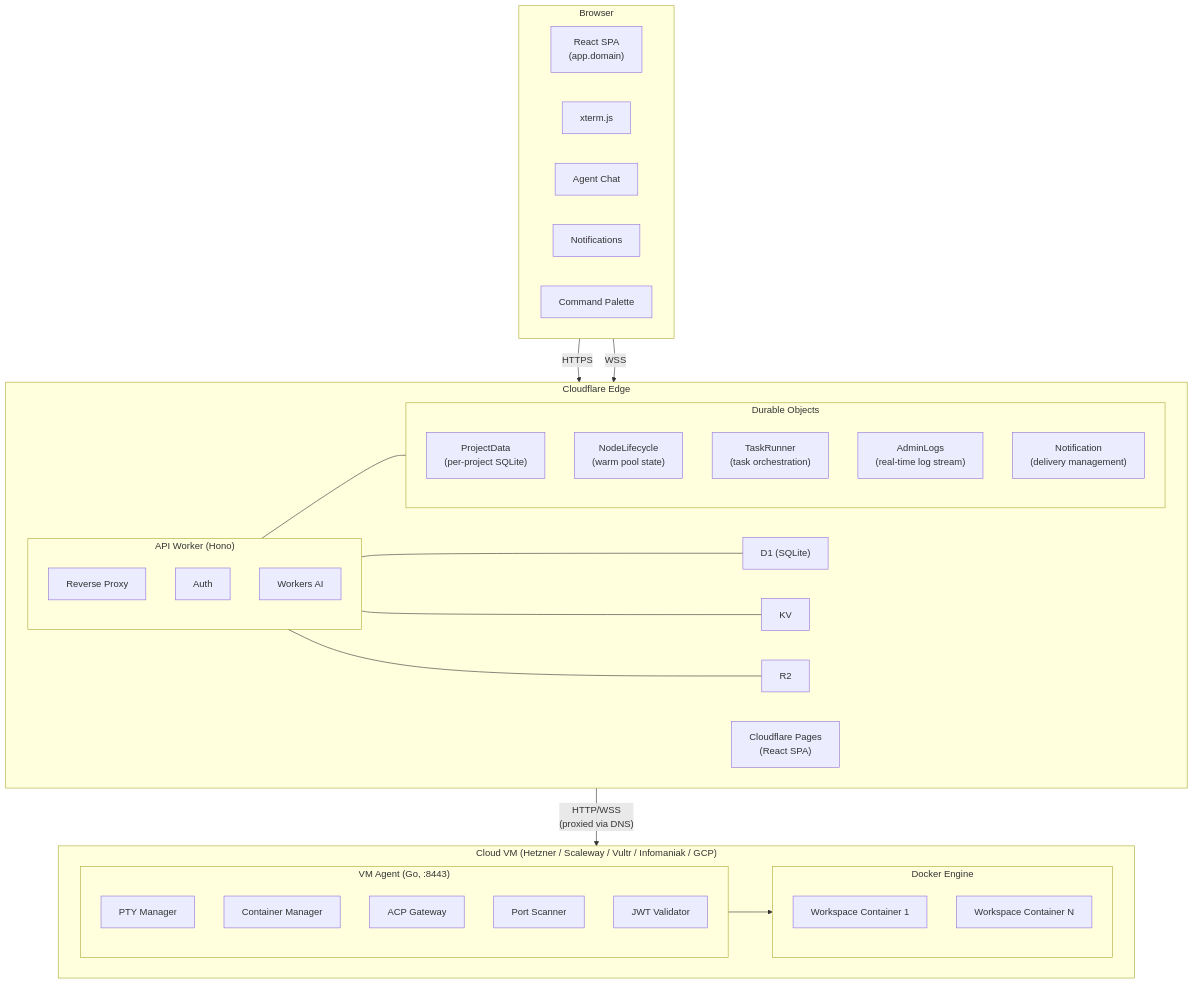
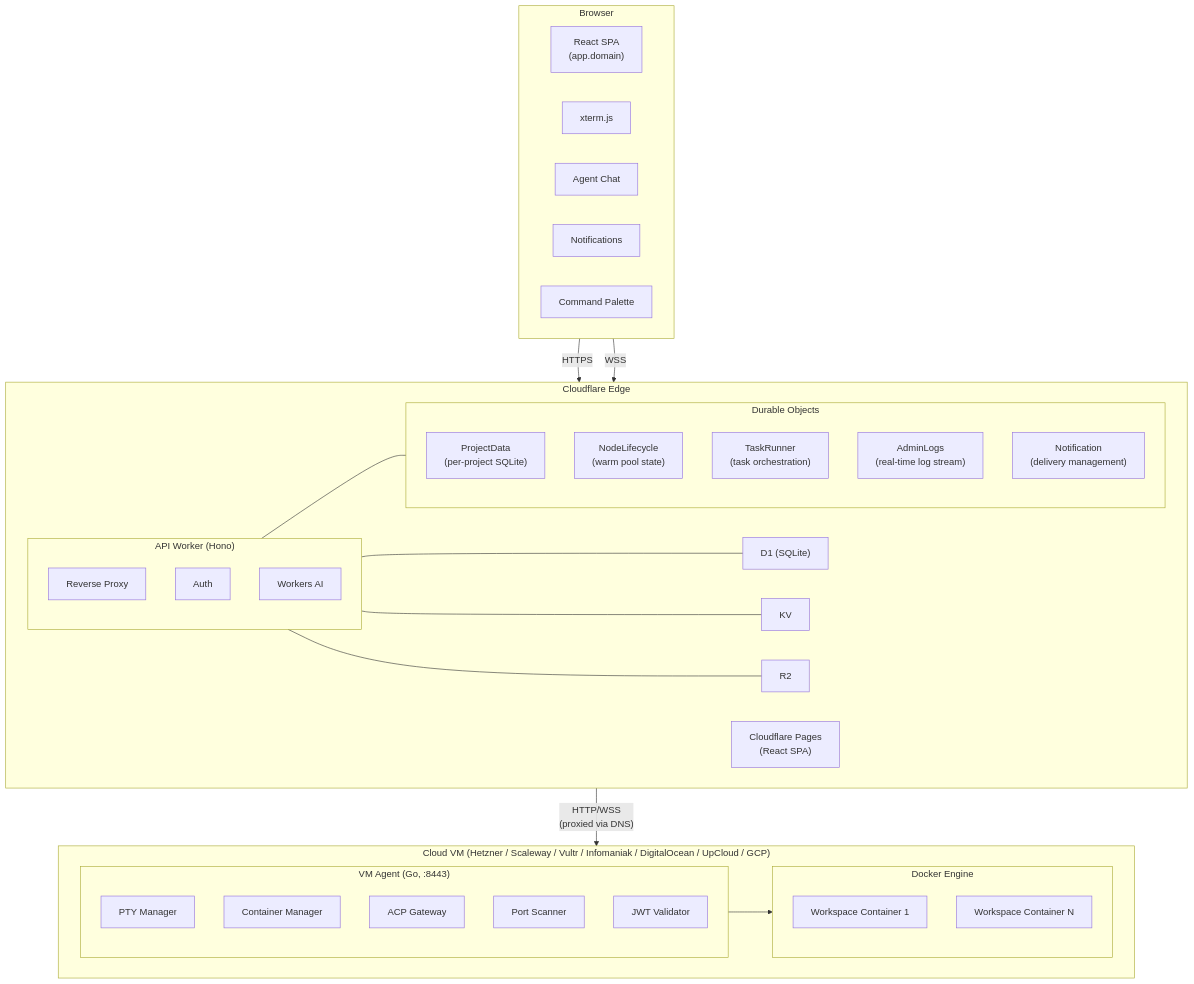
The first of 5 diagrams in apps/www/src/content/docs/docs/architecture/overview.md (DefangLabs/simple-agent-manager), drawn with Mermaid before and after one commit. The commit also changed other lines of this file and 78 other files, not shown here.

First line of the commit message:
feat: add DigitalOcean cloud provider and Block Storage (#1670)

````diff
--- a/apps/www/src/content/docs/docs/architecture/overview.md
+++ b/apps/www/src/content/docs/docs/architecture/overview.md
@@ -12,52 +12,52 @@
 ```mermaid
 graph TD
     subgraph Browser
         SPA["React SPA<br/>(app.domain)"]
         XTERM["xterm.js"]
         CHAT["Agent Chat"]
         NOTIF["Notifications"]
         CMDK["Command Palette"]
     end
 
     subgraph CF["Cloudflare Edge"]
         subgraph Worker["API Worker (Hono)"]
             PROXY["Reverse Proxy"]
             AUTH["Auth"]
             AI["Workers AI"]
         end
         D1["D1 (SQLite)"]
         KV["KV"]
         R2["R2"]
         PAGES["Cloudflare Pages<br/>(React SPA)"]
         subgraph DOs["Durable Objects"]
             PD["ProjectData<br/>(per-project SQLite)"]
             NL["NodeLifecycle<br/>(warm pool state)"]
             TR["TaskRunner<br/>(task orchestration)"]
             AL["AdminLogs<br/>(real-time log stream)"]
             NO["Notification<br/>(delivery management)"]
         end
         Worker --- D1
         Worker --- KV
         Worker --- R2
         Worker --- DOs
     end
 
-    subgraph VM["Cloud VM (Hetzner / Scaleway / Vultr / Infomaniak / GCP)"]
+    subgraph VM["Cloud VM (Hetzner / Scaleway / Vultr / Infomaniak / DigitalOcean / UpCloud / GCP)"]
         subgraph AGENT["VM Agent (Go, :8443)"]
             PTY["PTY Manager"]
             CM["Container Manager"]
             ACP["ACP Gateway"]
             PS["Port Scanner"]
             JWT["JWT Validator"]
         end
         subgraph DOCKER["Docker Engine"]
             WS1["Workspace Container 1"]
             WSN["Workspace Container N"]
         end
         AGENT --> DOCKER
     end
 
     Browser -- "HTTPS" --> CF
     Browser -- "WSS" --> CF
     CF -- "HTTP/WSS<br/>(proxied via DNS)" --> VM
 ```
````
